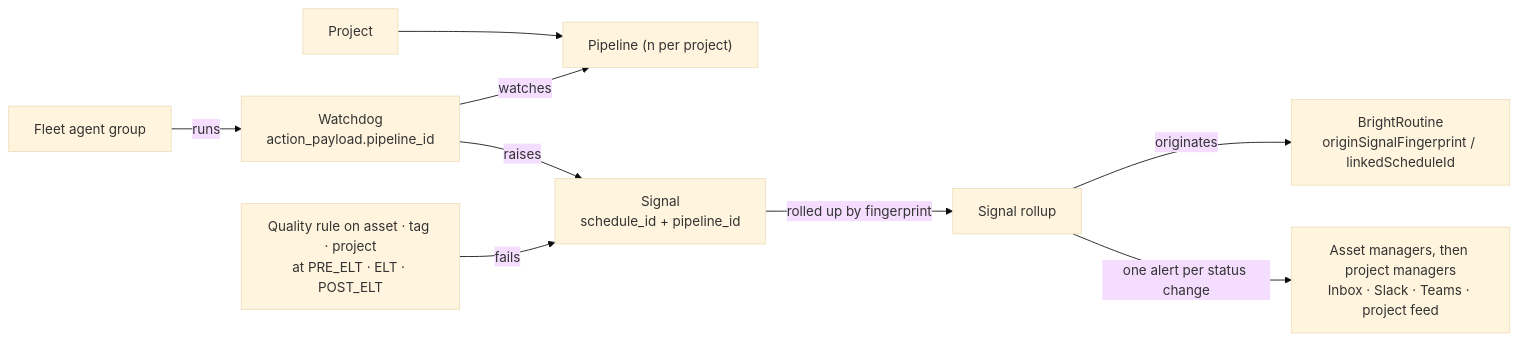
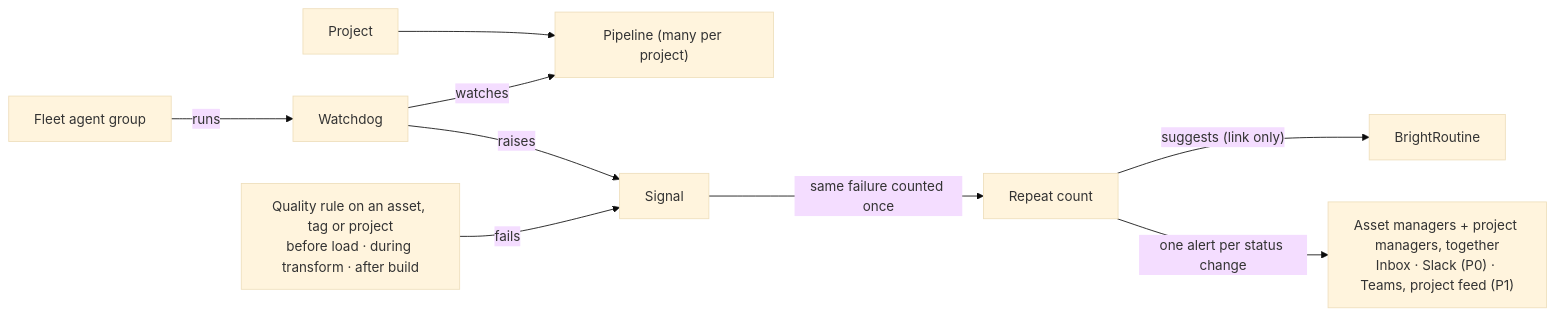
One commit to brighthive/agentic-project-mgmt changed the diagram in docs/specs/projects-at-scale.md. Above: the diagram before and after it, drawn with Mermaid (base theme). The commit also changed other lines of this file, not shown here.

````diff
--- a/docs/specs/projects-at-scale.md
+++ b/docs/specs/projects-at-scale.md
@@ -64,11 +64,10 @@
 ```mermaid
 flowchart LR
-  P["Project"] --> PL["Pipeline (n per project)"]
-  F["Fleet agent group"] -- "runs" --> W["Watchdog<br/>action_payload.pipeline_id"]
-  W -- "watches" --> PL
-  W -- "raises" --> S["Signal<br/>schedule_id + pipeline_id"]
-  Q["Quality rule on asset · tag · project<br/>at PRE_ELT · ELT · POST_ELT"] -- "fails" --> S
-  S -- "rolled up by fingerprint" --> R["Signal rollup"]
-  R -- "originates" --> RT["BrightRoutine<br/>originSignalFingerprint / linkedScheduleId"]
-  R -- "one alert per status change" --> N["Asset managers, then project managers<br/>Inbox · Slack · Teams · project feed"]
+  P["Project"] --> PL["Pipeline (many per project)"]
+  F["Fleet agent group"] -- "runs" --> W["Watchdog"] -- "watches" --> PL
+  W -- "raises" --> S["Signal"]
+  Q["Quality rule on an asset, tag or project<br/>before load · during transform · after build"] -- "fails" --> S
+  S -- "same failure counted once" --> R["Repeat count"]
+  R -- "suggests (link only)" --> RT["BrightRoutine"]
+  R -- "one alert per status change" --> N["Asset managers + project managers, together<br/>Inbox · Slack (P0) · Teams, project feed (P1)"]
 ```
````
